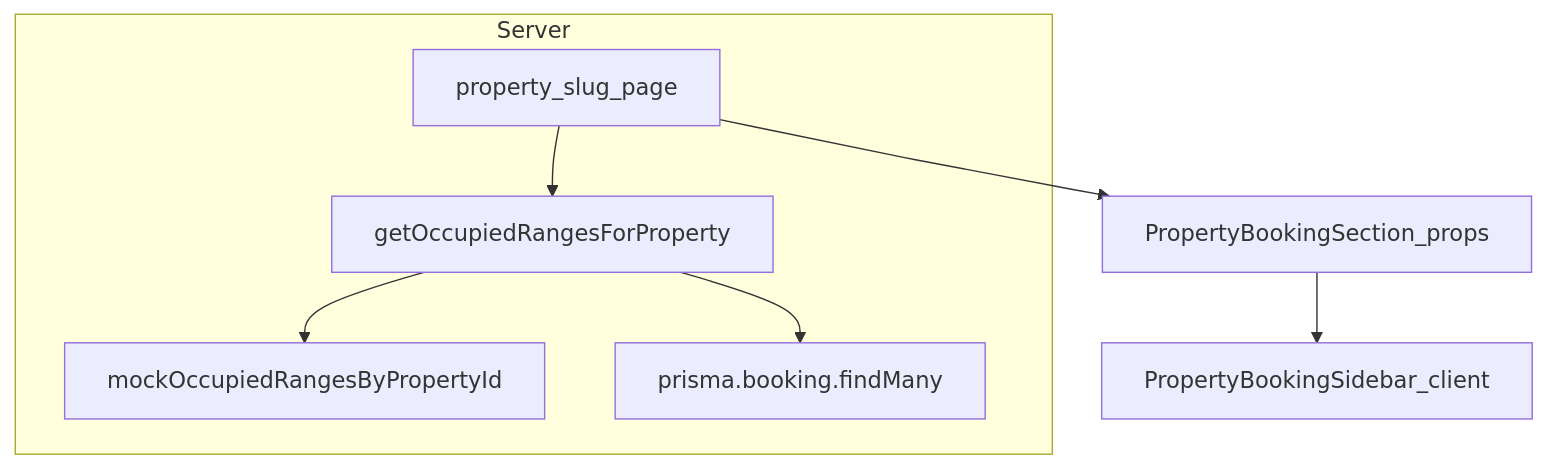
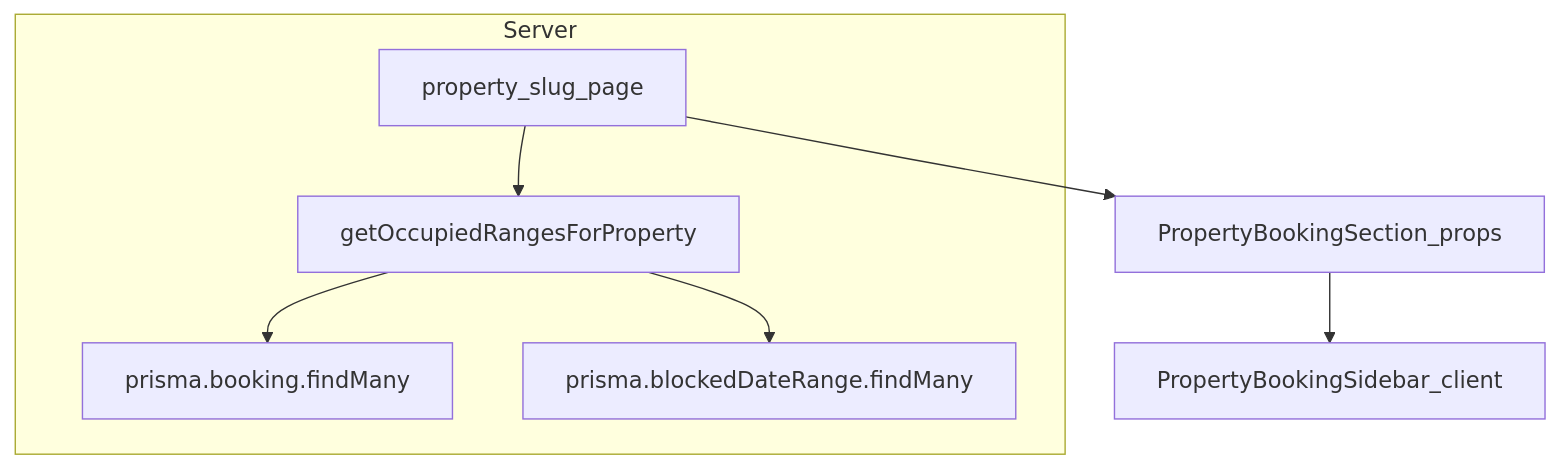
The second of 2 diagrams in docs/architecture.md (LeviKogan/airbnb-cloned), drawn with Mermaid before and after one commit. The commit also changed other lines of this file and 7 other files, not shown here.

Commit message:
Edit property pages to block unavailable dates. Migrate prisma.

````diff
--- a/docs/architecture.md
+++ b/docs/architecture.md
@@ -29,14 +29,14 @@
 ```mermaid
 flowchart TB
   subgraph ssr [Server]
     Page[property_slug_page]
     Occ[getOccupiedRangesForProperty]
-    Mock[mockOccupiedRangesByPropertyId]
     Db[prisma.booking.findMany]
+    Blocks[prisma.blockedDateRange.findMany]
   end
   Page --> Occ
-  Occ --> Mock
   Occ --> Db
+  Occ --> Blocks
   Page --> SidebarProps[PropertyBookingSection_props]
   SidebarProps --> Client[PropertyBookingSidebar_client]
 ```
````
